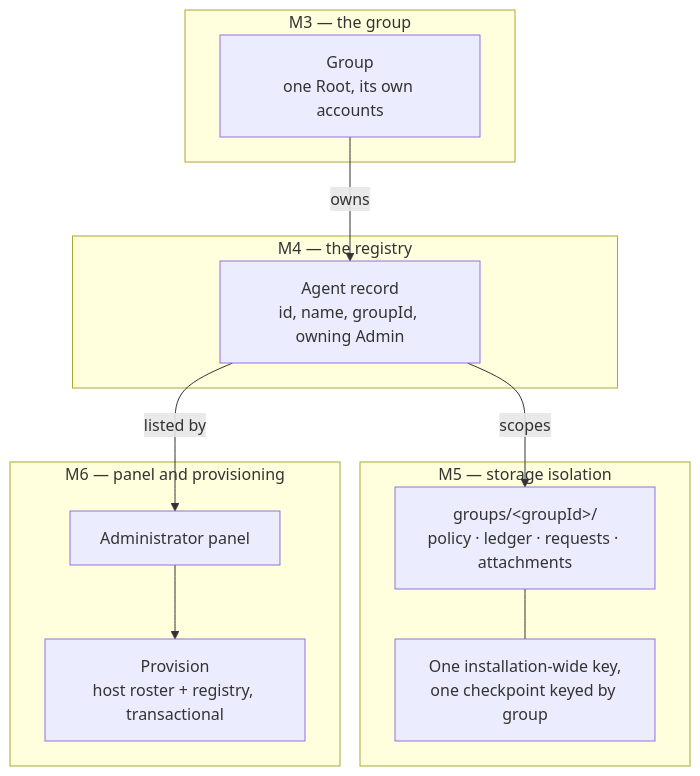
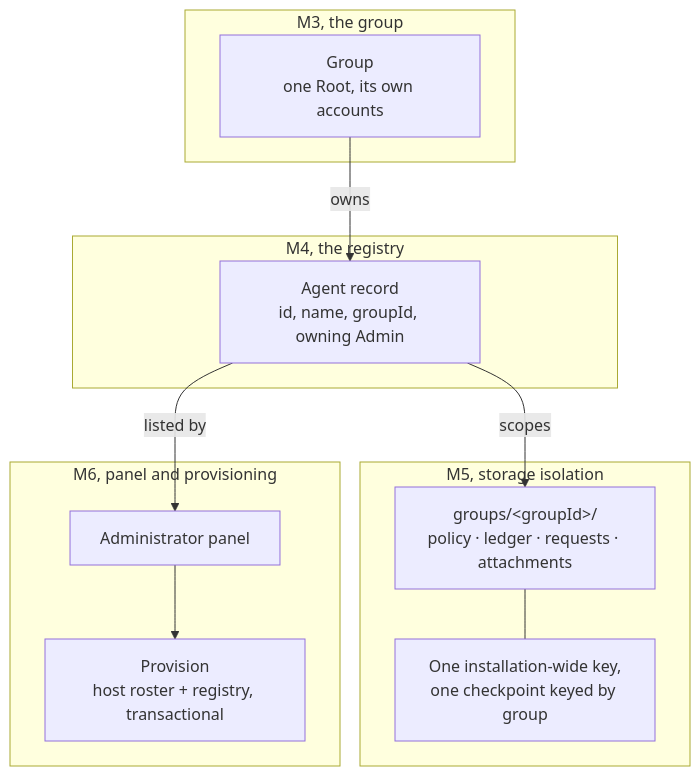
Before and after one commit to KinanRadaideh/openclaw-governance-layer: diagram 18 of 21 in docs-notes/FIGURES.md, drawn with Mermaid. The commit also changed other lines of this file and 245 other files, not shown here.

````diff
--- a/docs-notes/FIGURES.md
+++ b/docs-notes/FIGURES.md
@@ -1560,22 +1560,22 @@
 ```mermaid
 flowchart TB
-  subgraph M3["M3 — the group"]
+  subgraph M3["M3, the group"]
     G["Group<br/>one Root, its own accounts"]
   end
-  subgraph M4["M4 — the registry"]
+  subgraph M4["M4, the registry"]
     A["Agent record<br/>id, name, groupId, owning Admin"]
   end
-  subgraph M5["M5 — storage isolation"]
+  subgraph M5["M5, storage isolation"]
     S["groups/&lt;groupId&gt;/<br/>policy · ledger · requests · attachments"]
     K["One installation-wide key,<br/>one checkpoint keyed by group"]
   end
-  subgraph M6["M6 — panel and provisioning"]
+  subgraph M6["M6, panel and provisioning"]
     P["Provision<br/>host roster + registry, transactional"]
     UI["Administrator panel"]
   end
   G -->|owns| A
   A -->|scopes| S
   S --- K
   A -->|listed by| UI
   UI --> P
 ```
````
